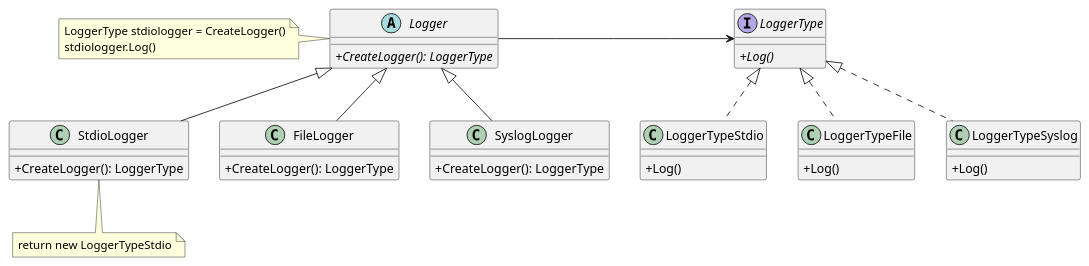
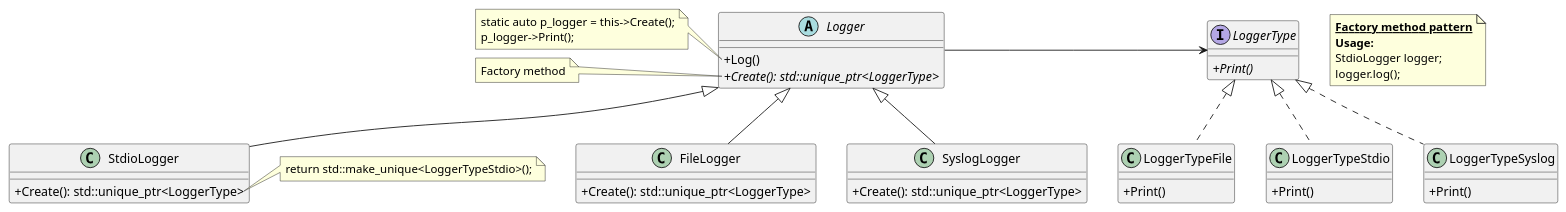
Before and after one commit to shalex88/logger: the diagram in docs/Logger.puml, drawn with PlantUML. The commit also changed 17 other files, not shown here.

```diff
--- a/docs/Logger.puml
+++ b/docs/Logger.puml
@@ -1,49 +1,71 @@
 @startuml
 'https://plantuml.com/class-diagram
 skinparam classAttributeIconSize 0
 
+'Classes
+interface LoggerType {
++{abstract}Print()
+}
+
+class LoggerTypeFile {
++Print()
+}
+
+class LoggerTypeStdio {
++Print()
+}
+
+class LoggerTypeSyslog {
++Print()
+}
+
 abstract class Logger {
-+{abstract}CreateLogger(): LoggerType
++Log()
++{abstract}Create(): std::unique_ptr<LoggerType>
 }
-note left: LoggerType stdiologger = CreateLogger()\nstdiologger.Log()
 
 class StdioLogger {
-+CreateLogger(): LoggerType
++Create(): std::unique_ptr<LoggerType>
 }
-note bottom: return new LoggerTypeStdio
 
 class FileLogger {
-+CreateLogger(): LoggerType
++Create(): std::unique_ptr<LoggerType>
 }
 
 class SyslogLogger {
-+CreateLogger(): LoggerType
++Create(): std::unique_ptr<LoggerType>
 }
 
-interface LoggerType {
-+{abstract}Log()
-}
-
-class LoggerTypeStdio {
-+Log()
-}
-
-class LoggerTypeFile {
-+Log()
-}
-
-class LoggerTypeSyslog {
-+Log()
-}
-
-Logger <|-- StdioLogger
-Logger <|-- FileLogger
-Logger <|-- SyslogLogger
+'Relations
+Logger<|-- StdioLogger
+Logger<|-- FileLogger
+Logger<|-- SyslogLogger
 
 Logger -> LoggerType
 
 LoggerType <|.. LoggerTypeStdio
 LoggerType <|.. LoggerTypeFile
 LoggerType <|.. LoggerTypeSyslog
 
+'Notes
+note as N1
+    <b><u>Factory method pattern</u></b>
+    <b>Usage:</b>
+    StdioLogger logger;
+    logger.log();
+end note
+
+note left of Logger::Log()
+    static auto p_logger = this->Create();
+    p_logger->Print();
+end note
+
+note left of Logger::Create()
+    Factory method
+end note
+
+note right of StdioLogger::Create()
+    return std::make_unique<LoggerTypeStdio>();
+end note
+
 @enduml
```
